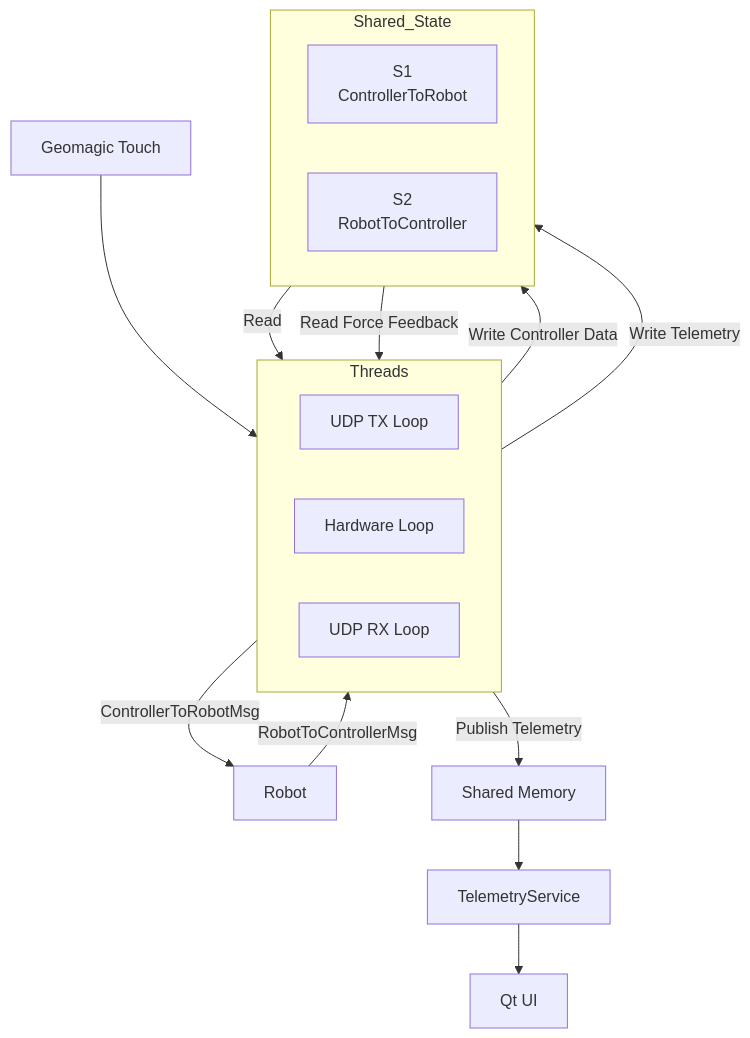
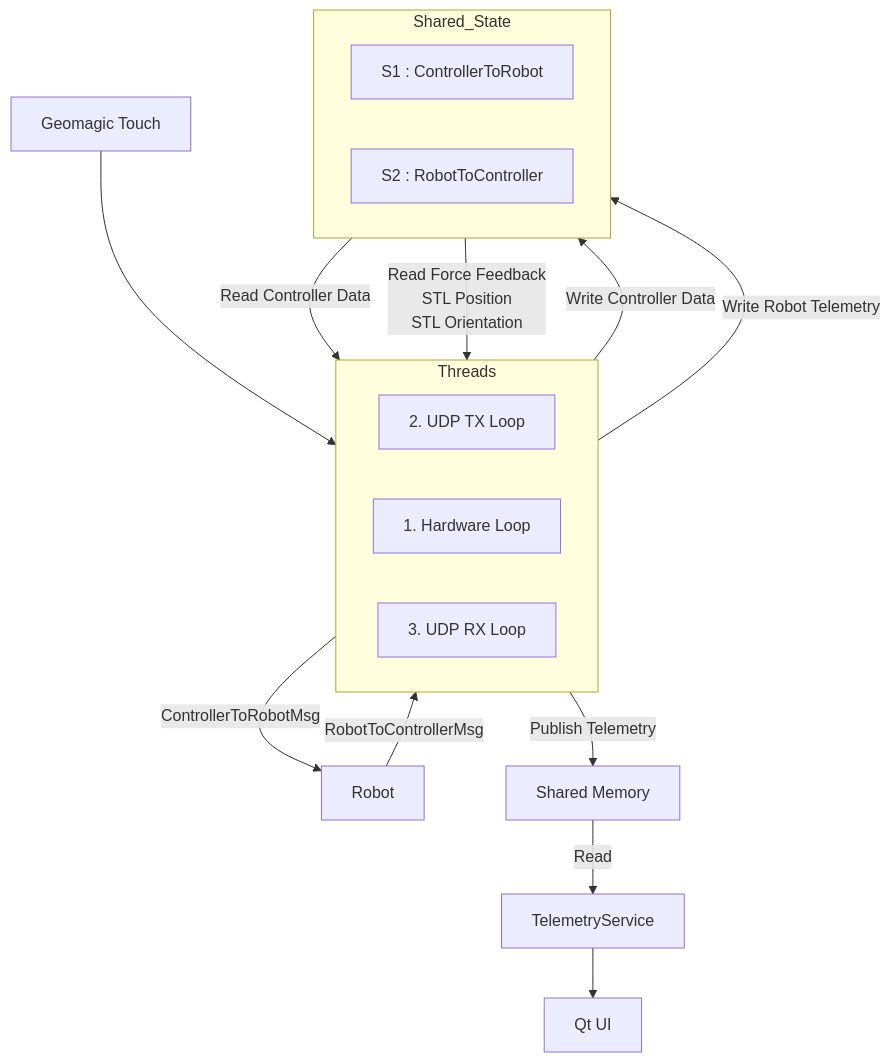
The second of 2 diagrams in teleop.md (saranyas-creator/TeleRobotics-Command), drawn with Mermaid before and after one commit.

````diff
--- a/teleop.md
+++ b/teleop.md
@@ -61,40 +60,66 @@
 ```mermaid
 flowchart TB
+
+%%=========================
+%% Top Row
+%%=========================
 
 J[Geomagic Touch]
 
 subgraph Threads
 direction LR
-TX["UDP TX Loop"]
-HW["Hardware Loop"]
-RX["UDP RX Loop"]
+    TX["2. UDP TX Loop"]
+    HW["1. Hardware Loop"]
+    RX["3. UDP RX Loop"]
 end
+
+J --> HW
+
+%%=========================
+%% Shared States
+%%=========================
 
 subgraph Shared_State
 direction LR
-S1["S1<br/>ControllerToRobot"]
-S2["S2<br/>RobotToController"]
+    S1["S1 : ControllerToRobot"]
+    S2["S2 : RobotToController"]
 end
+
+%%=========================
+%% Robot
+%%=========================
 
 Robot[Robot]
 
+%%=========================
+%% Shared Memory
+%%=========================
+
 SHM["Shared Memory"]
-
-QT["TelemetryService"]
-
+TS["TelemetryService"]
 UI["Qt UI"]
 
-J --> HW
+%%=========================
+%% Controller Path
+%%=========================
 
 HW -->|Write Controller Data| S1
-S1 -->|Read| TX
+S1 -->|Read Controller Data| TX
 TX -->|ControllerToRobotMsg| Robot
 
+%%=========================
+%% Telemetry Path
+%%=========================
+
 Robot -->|RobotToControllerMsg| RX
-RX -->|Write Telemetry| S2
-S2 -->|Read Force Feedback| HW
+RX -->|Write Robot Telemetry| S2
+S2 -->|Read Force Feedback<br/>STL Position<br/>STL Orientation| HW
+
+%%=========================
+%% Shared Memory
+%%=========================
 
 RX -->|Publish Telemetry| SHM
-SHM --> QT
-QT --> UI
+SHM -->|Read| TS
+TS --> UI
 ```
````
